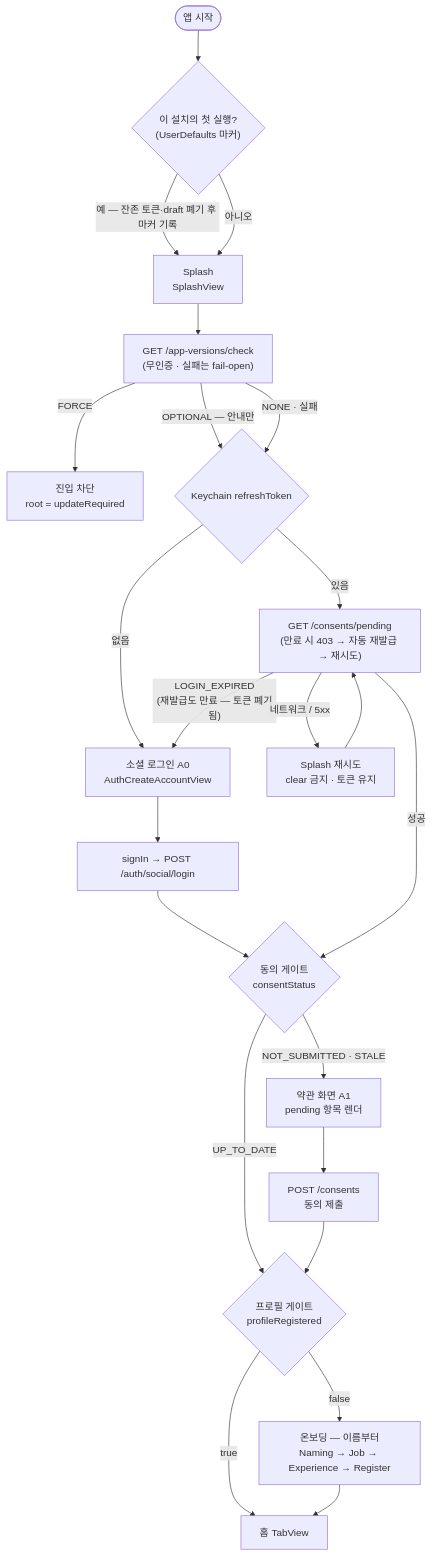
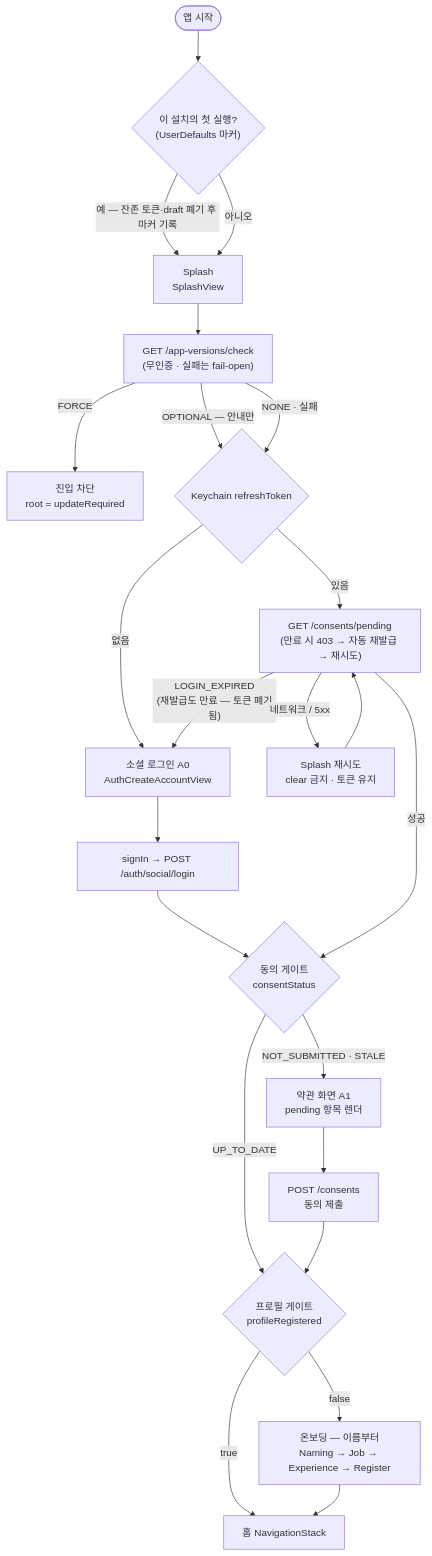
One commit to YAPP-Github/28th-App-Team-1-iOS changed the first of 4 diagrams in docs/work/launch-routing.md. Above: the diagram before and after it, drawn with Mermaid. The commit also changed 12 other files, not shown here.

Commit message:
fix: 탭바 제거_탭 하나뿐인 TabView 뒤로 홈 그라디언트 새어 하단 초록 띠

````diff
--- a/docs/work/launch-routing.md
+++ b/docs/work/launch-routing.md
@@ -27,29 +27,29 @@
 ```mermaid
 flowchart TD
     launch(["앱 시작"]) --> firstLaunch{"이 설치의 첫 실행?<br/>(UserDefaults 마커)"}
     firstLaunch -- "예 — 잔존 토큰·draft 폐기 후 마커 기록" --> splash
     firstLaunch -- "아니오" --> splash["Splash<br/>SplashView"]
     splash --> version["GET /app-versions/check<br/>(무인증 · 실패는 fail-open)"]
     version -- "FORCE" --> blocked["진입 차단<br/>root = updateRequired"]
     version -- "OPTIONAL — 안내만" --> hasRT{"Keychain refreshToken"}
     version -- "NONE · 실패" --> hasRT
 
     hasRT -- "없음" --> a0["소셜 로그인 A0<br/>AuthCreateAccountView"]
     a0 --> login["signIn → POST /auth/social/login"]
     login --> gate1
 
     hasRT -- "있음" --> pending["GET /consents/pending<br/>(만료 시 403 → 자동 재발급 → 재시도)"]
     pending -- "LOGIN_EXPIRED<br/>(재발급도 만료 — 토큰 폐기됨)" --> a0
     pending -- "네트워크 / 5xx" --> retry["Splash 재시도<br/>clear 금지 · 토큰 유지"]
     retry --> pending
     pending -- "성공" --> gate1
 
     gate1{"동의 게이트<br/>consentStatus"} -- "UP_TO_DATE" --> gate2
     gate1 -- "NOT_SUBMITTED · STALE" --> terms["약관 화면 A1<br/>pending 항목 렌더"]
     terms --> submit["POST /consents<br/>동의 제출"]
     submit --> gate2
 
-    gate2{"프로필 게이트<br/>profileRegistered"} -- "true" --> home["홈 TabView"]
+    gate2{"프로필 게이트<br/>profileRegistered"} -- "true" --> home["홈 NavigationStack"]
     gate2 -- "false" --> onboarding["온보딩 — 이름부터<br/>Naming → Job → Experience → Register"]
     onboarding --> home
 ```
````
